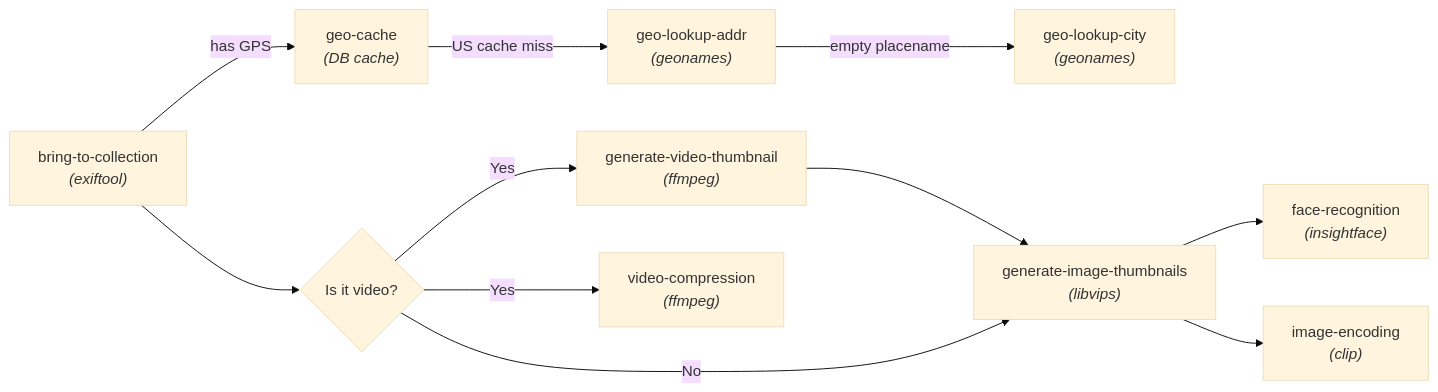
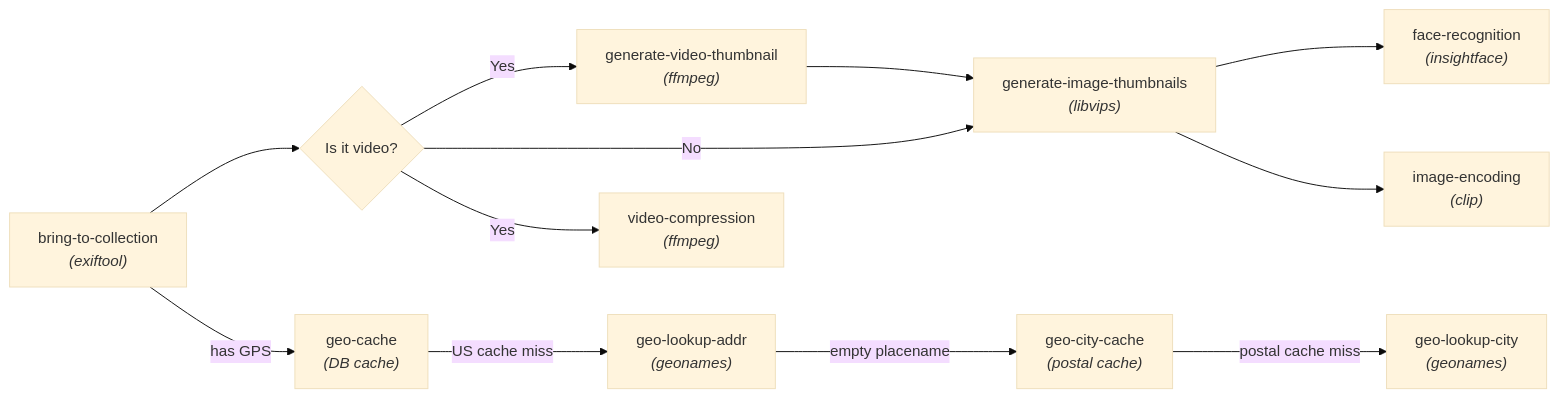
Before and after one commit to mrbrahman/photo-loka: the first of 4 diagrams in go-server/docs/pipeline-dag-design.md, drawn with Mermaid (base theme). The commit also changed other lines of this file and 16 other files, not shown here.

First line of the commit message:
go-server+web: Make rate reserve queue-driven and add geo-city-cache stage

````diff
--- a/go-server/docs/pipeline-dag-design.md
+++ b/go-server/docs/pipeline-dag-design.md
@@ -36,17 +36,18 @@
 ```mermaid
 flowchart LR
     A["bring-to-collection<br><i>(exiftool)</i>"] --> B{Is it video?}
     A -- "has GPS" --> H["geo-cache<br><i>(DB cache)</i>"]
 
     H -- "US cache miss" --> H2["geo-lookup-addr<br><i>(geonames)</i>"]
-    H2 -- "empty placename" --> H3["geo-lookup-city<br><i>(geonames)</i>"]
+    H2 -- "empty placename" --> H3["geo-city-cache<br><i>(postal cache)</i>"]
+    H3 -- "postal cache miss" --> H4["geo-lookup-city<br><i>(geonames)</i>"]
 
     B -- Yes --> C["generate-video-thumbnail<br><i>(ffmpeg)</i>"]
     C --> D
     B -- Yes --> G["video-compression<br><i>(ffmpeg)</i>"]
     B -- No --> D["generate-image-thumbnails<br><i>(libvips)</i>"]
 
 
     D --> E["face-recognition<br><i>(insightface)</i>"]
     D --> F["image-encoding<br><i>(clip)</i>"]
 ```
````
